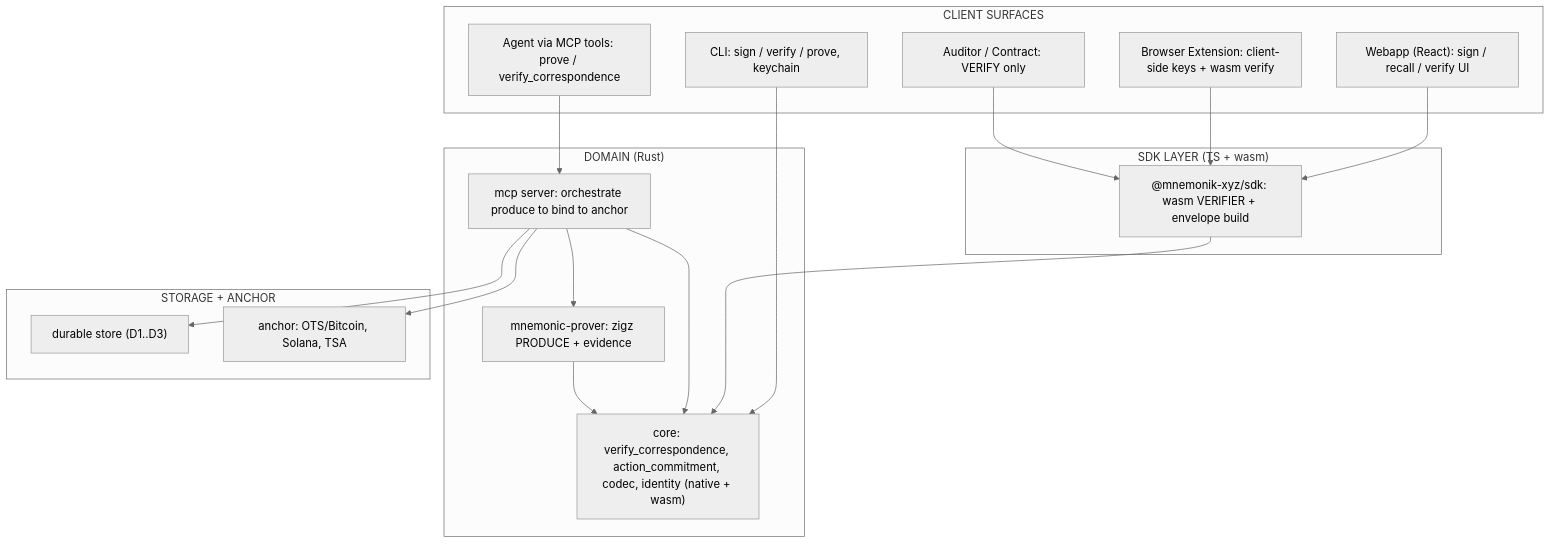
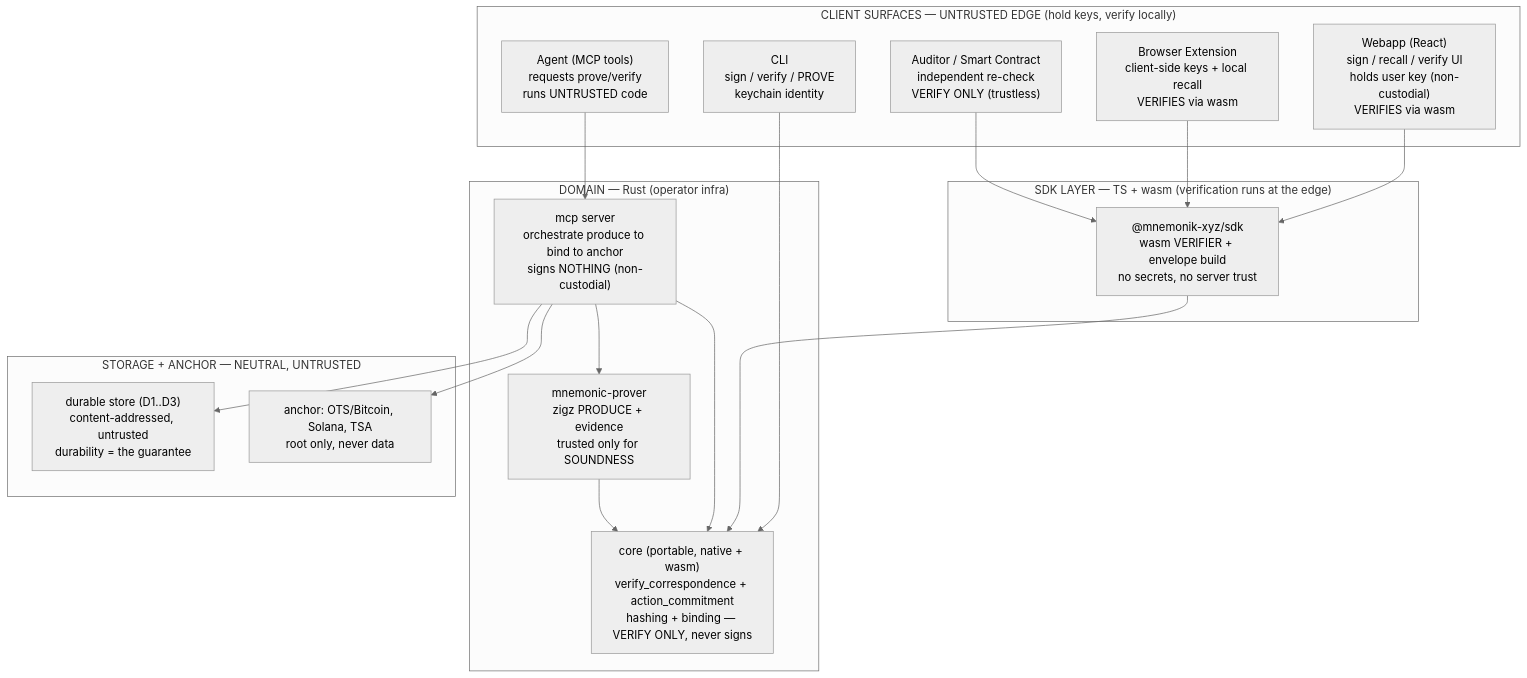
One commit to mnemonik-xyz/monorepo changed the seventh of 7 diagrams in work/research/computation-proof/architecture.md. Above: the diagram before and after it, drawn with Mermaid (neutral theme). The commit also changed other lines of this file, not shown here.

First line of the commit message:
docs: make app-layers + division-of-labor diagrams speaking

````diff
--- a/work/research/computation-proof/architecture.md
+++ b/work/research/computation-proof/architecture.md
@@ -191,34 +197,34 @@
 ```mermaid
 flowchart TB
-    subgraph CLIENTS["CLIENT SURFACES"]
-        web["Webapp (React): sign / recall / verify UI"]
-        ext["Browser Extension: client-side keys + wasm verify"]
-        cli["CLI: sign / verify / prove, keychain"]
-        agent["Agent via MCP tools: prove / verify_correspondence"]
-        aud["Auditor / Contract: VERIFY only"]
+    subgraph EDGE["CLIENT SURFACES — UNTRUSTED EDGE (hold keys, verify locally)"]
+        web["Webapp (React)<br/>sign / recall / verify UI<br/>holds user key (non-custodial)<br/>VERIFIES via wasm"]
+        ext["Browser Extension<br/>client-side keys + local recall<br/>VERIFIES via wasm"]
+        cli["CLI<br/>sign / verify / PROVE<br/>keychain identity"]
+        agent["Agent (MCP tools)<br/>requests prove/verify<br/>runs UNTRUSTED code"]
+        aud["Auditor / Smart Contract<br/>independent re-check<br/>VERIFY ONLY (trustless)"]
     end
-    subgraph SDKL["SDK LAYER (TS + wasm)"]
-        sdk["@mnemonik-xyz/sdk: wasm VERIFIER + envelope build"]
+    subgraph SDKL["SDK LAYER — TS + wasm (verification runs at the edge)"]
+        sdk["@mnemonik-xyz/sdk<br/>wasm VERIFIER + envelope build<br/>no secrets, no server trust"]
     end
-    subgraph DOMAIN["DOMAIN (Rust)"]
-        core["core: verify_correspondence, action_commitment, codec, identity (native + wasm)"]
-        prover["mnemonic-prover: zigz PRODUCE + evidence"]
-        mcpsrv["mcp server: orchestrate produce to bind to anchor"]
+    subgraph DOMAIN["DOMAIN — Rust (operator infra)"]
+        core["core (portable, native + wasm)<br/>verify_correspondence + action_commitment<br/>hashing + binding — VERIFY ONLY, never signs"]
+        prover["mnemonic-prover<br/>zigz PRODUCE + evidence<br/>trusted only for SOUNDNESS"]
+        mcpsrv["mcp server<br/>orchestrate produce to bind to anchor<br/>signs NOTHING (non-custodial)"]
     end
-    subgraph INFRA["STORAGE + ANCHOR"]
-        store["durable store (D1..D3)"]
-        anchor["anchor: OTS/Bitcoin, Solana, TSA"]
+    subgraph INFRA["STORAGE + ANCHOR — NEUTRAL, UNTRUSTED"]
+        store["durable store (D1..D3)<br/>content-addressed, untrusted<br/>durability = the guarantee"]
+        anchor["anchor: OTS/Bitcoin, Solana, TSA<br/>root only, never data"]
     end
 
     web --> sdk
     ext --> sdk
     aud --> sdk
     cli --> core
     agent --> mcpsrv
     sdk --> core
     mcpsrv --> core
     mcpsrv --> prover
     mcpsrv --> store
     mcpsrv --> anchor
     prover --> core
 ```
````
